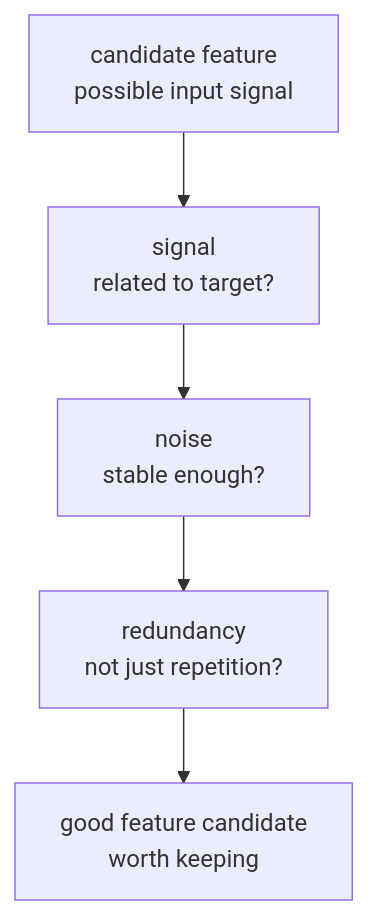
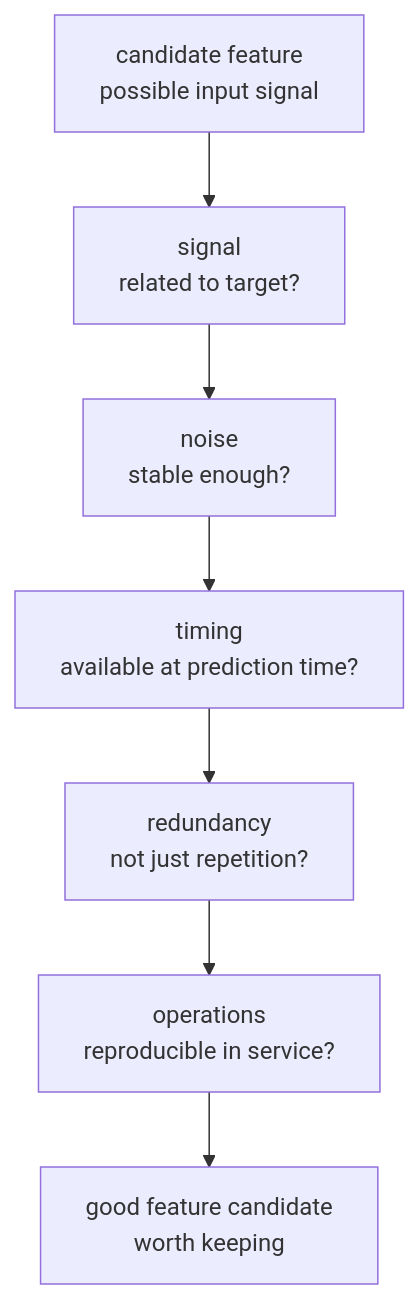
The second of 4 diagrams in docs/parts/part-04/chapter-07/section-01.md (devchan64/AiBook), drawn with Mermaid before and after one commit. The commit also changed other lines of this file and 1 other file, not shown here.

Commit message:
Refine good feature criteria in P4-7.1

````diff
--- a/docs/parts/part-04/chapter-07/section-01.md
+++ b/docs/parts/part-04/chapter-07/section-01.md
@@ -288,13 +337,17 @@
 ```mermaid
 flowchart TB
   A["candidate feature<br/>possible input signal"]
   B["signal<br/>related to target?"]
   C["noise<br/>stable enough?"]
-  D["redundancy<br/>not just repetition?"]
-  E["good feature candidate<br/>worth keeping"]
+  D["timing<br/>available at prediction time?"]
+  E["redundancy<br/>not just repetition?"]
+  F["operations<br/>reproducible in service?"]
+  G["good feature candidate<br/>worth keeping"]
 
   A --> B
   B --> C
   C --> D
   D --> E
+  E --> F
+  F --> G
 ```
````
